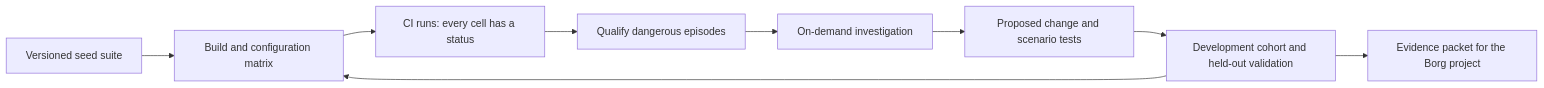
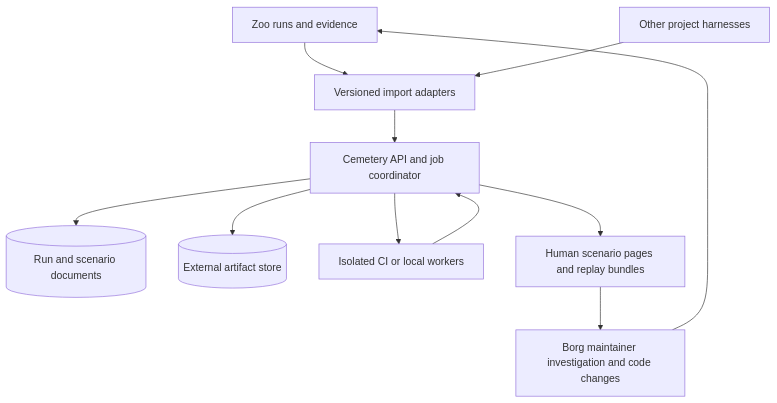
One commit to diegoami/borg-cemetery changed the diagram in docs/cemetery-redesign.md. Above: the diagram before and after it, drawn with Mermaid. The commit also changed other lines of this file and 5 other files, not shown here.

Commit message:
Propose shared battle-scenario architecture and review contract

````diff
--- a/docs/cemetery-redesign.md
+++ b/docs/cemetery-redesign.md
@@ -21,11 +73,13 @@
 ```mermaid
-flowchart LR
-    S[Versioned seed suite] --> M[Build and configuration matrix]
-    M --> R[CI runs: every cell has a status]
-    R --> D[Qualify dangerous episodes]
-    D --> A[On-demand investigation]
-    A --> P[Proposed change and scenario tests]
-    P --> V[Development cohort and held-out validation]
-    V --> F[Evidence packet for the Borg project]
-    V --> M
+flowchart TD
+    Z[Zoo runs and evidence] --> I[Versioned import adapters]
+    N[Other project harnesses] --> I
+    I --> C[Cemetery API and job coordinator]
+    C --> D[(Run and scenario documents)]
+    C --> O[(External artifact store)]
+    C --> W[Isolated CI or local workers]
+    W --> C
+    C --> H[Human scenario pages and replay bundles]
+    H --> B[Borg maintainer investigation and code changes]
+    B --> Z
 ```
````
